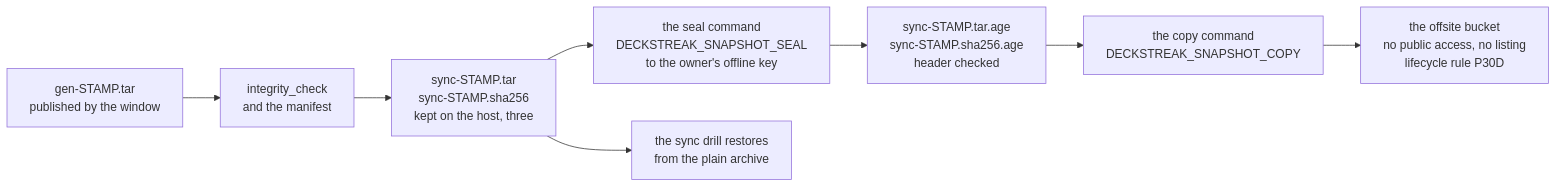
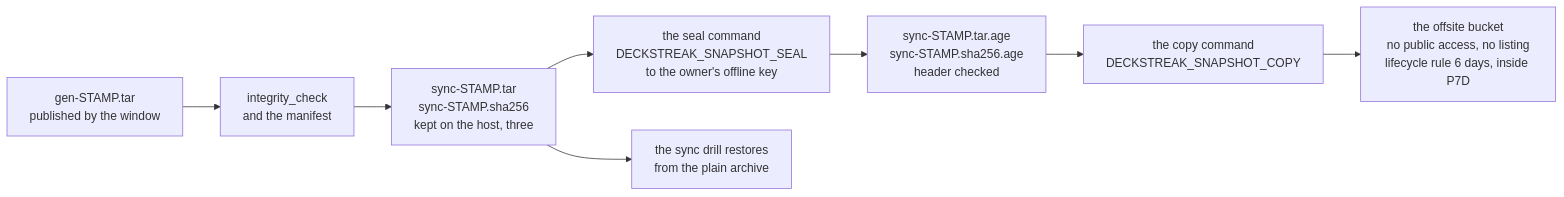
The second of 3 diagrams in docs/schematics/sync-server-hardening.md (RexRenatus/deck-streak), drawn with Mermaid before and after one commit. The commit also changed 8 other files, not shown here.

````diff
--- a/docs/schematics/sync-server-hardening.md
+++ b/docs/schematics/sync-server-hardening.md
@@ -53,13 +53,13 @@
 ```mermaid
 flowchart LR
   gen["gen-STAMP.tar<br/>published by the window"]
   check["integrity_check<br/>and the manifest"]
   plain["sync-STAMP.tar<br/>sync-STAMP.sha256<br/>kept on the host, three"]
   seal["the seal command<br/>DECKSTREAK_SNAPSHOT_SEAL<br/>to the owner's offline key"]
   sealed["sync-STAMP.tar.age<br/>sync-STAMP.sha256.age<br/>header checked"]
   copy["the copy command<br/>DECKSTREAK_SNAPSHOT_COPY"]
-  bucket["the offsite bucket<br/>no public access, no listing<br/>lifecycle rule P30D"]
+  bucket["the offsite bucket<br/>no public access, no listing<br/>lifecycle rule 6 days, inside P7D"]
   restore["the sync drill restores<br/>from the plain archive"]
   gen --> check --> plain --> seal --> sealed --> copy --> bucket
   plain --> restore
 ```
````
